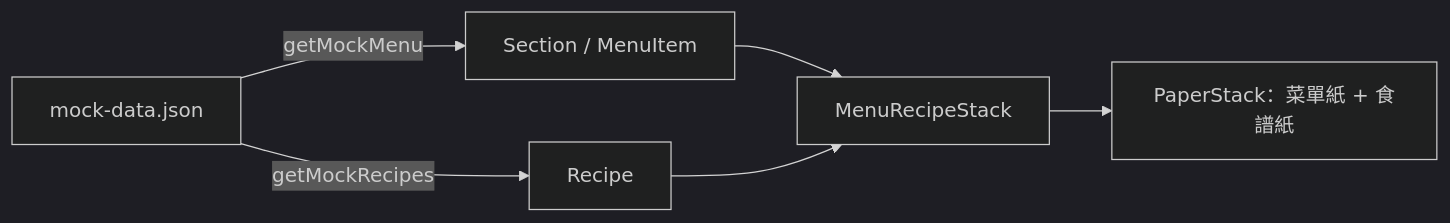
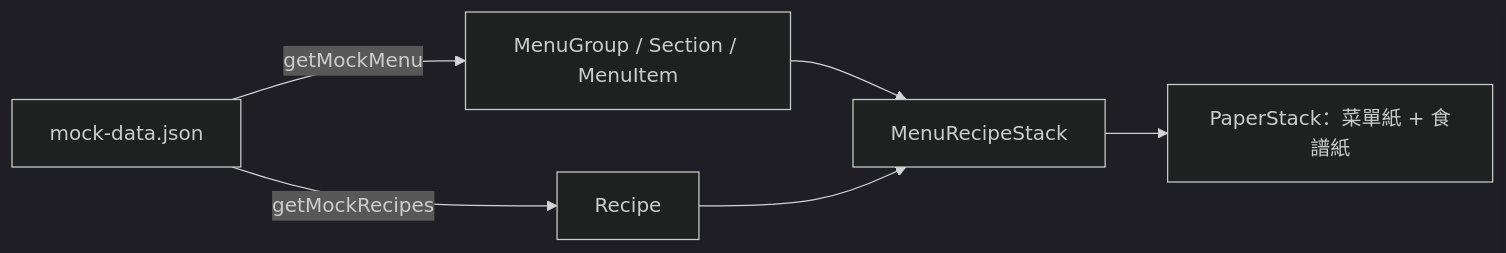
Before and after one commit to piercelin11/epifolio: the first of 2 diagrams in docs/features/paper-stack.md, drawn with Mermaid (dark theme). The commit also changed other lines of this file and 12 other files, not shown here.

````diff
--- a/docs/features/paper-stack.md
+++ b/docs/features/paper-stack.md
@@ -24,8 +24,8 @@
 ```mermaid
 flowchart LR
-    JSON[mock-data.json] -->|getMockMenu| MENU[Section / MenuItem]
+    JSON[mock-data.json] -->|getMockMenu| MENU[MenuGroup / Section / MenuItem]
     JSON -->|getMockRecipes| RECIPE[Recipe]
     MENU --> STACK[MenuRecipeStack]
     RECIPE --> STACK
     STACK --> PS[PaperStack：菜單紙 + 食譜紙]
 ```
````
